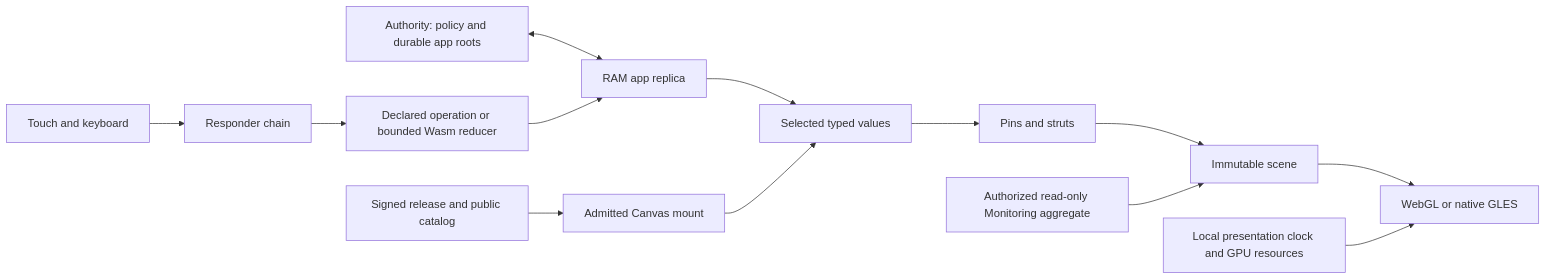
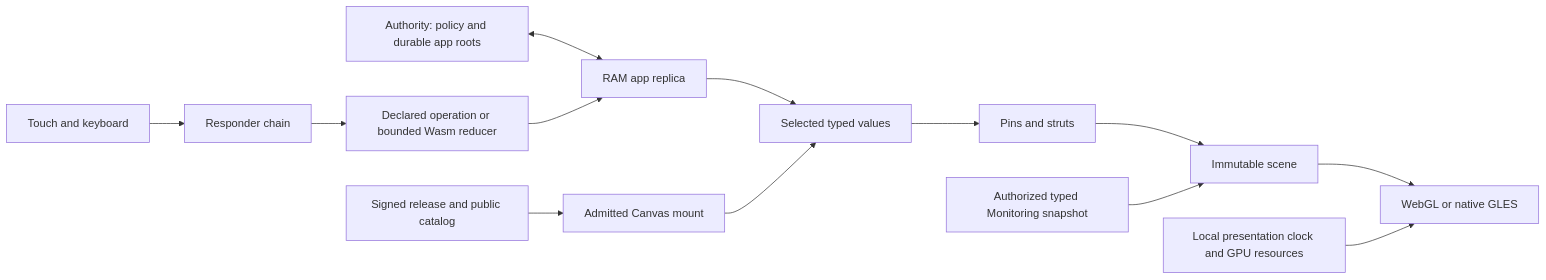
One commit to otri/otrios changed the diagram in docs/MODERN_APP_PATTERN.md. Above: the diagram before and after it, drawn with Mermaid. The commit also changed other lines of this file and 11 other files, not shown here.

````diff
--- a/docs/MODERN_APP_PATTERN.md
+++ b/docs/MODERN_APP_PATTERN.md
@@ -33,15 +33,15 @@
 ```mermaid
 flowchart LR
   Release[Signed release and public catalog] --> Mount[Admitted Canvas mount]
   Authority[Authority: policy and durable app roots] <--> Replica[RAM app replica]
   Replica --> Select[Selected typed values]
   Mount --> Select
   Select --> Layout[Pins and struts]
   Layout --> Scene[Immutable scene]
   Scene --> GPU[WebGL or native GLES]
   Input[Touch and keyboard] --> Responders[Responder chain]
   Responders --> Commands[Declared operation or bounded Wasm reducer]
   Commands --> Replica
   Clock[Local presentation clock and GPU resources] --> GPU
-  Private[Authorized read-only Monitoring aggregate] --> Scene
+  Private[Authorized typed Monitoring snapshot] --> Scene
 ```
````
